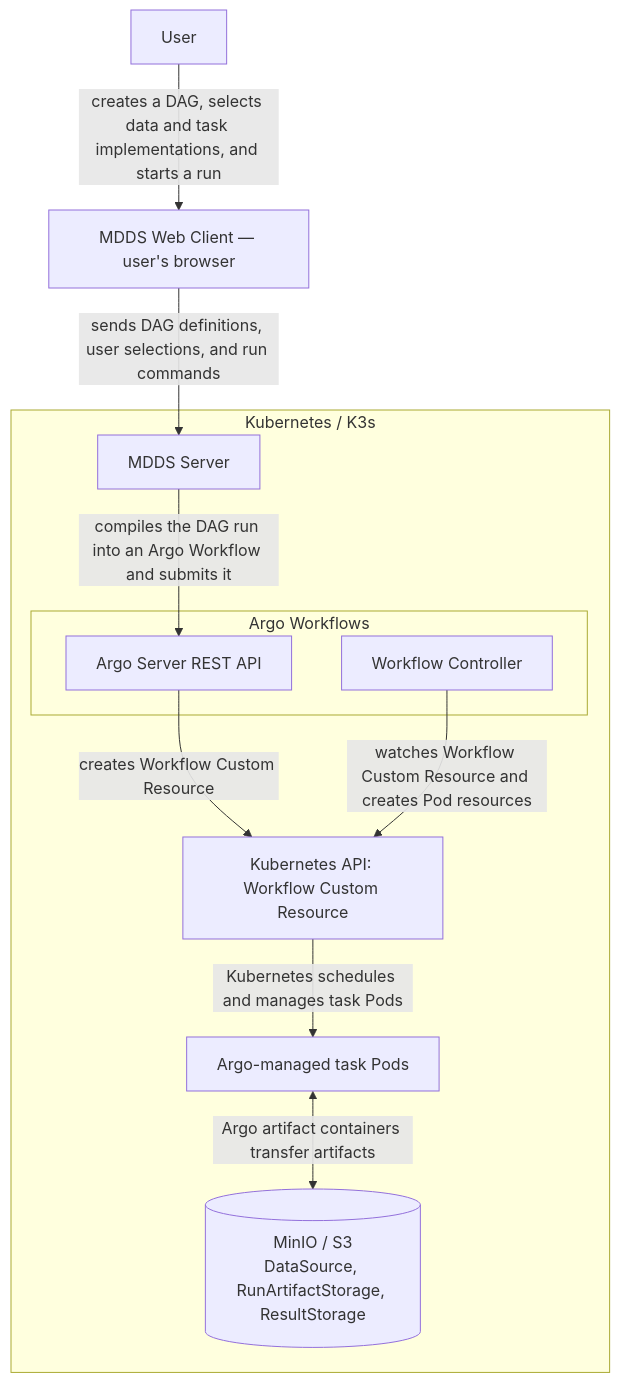
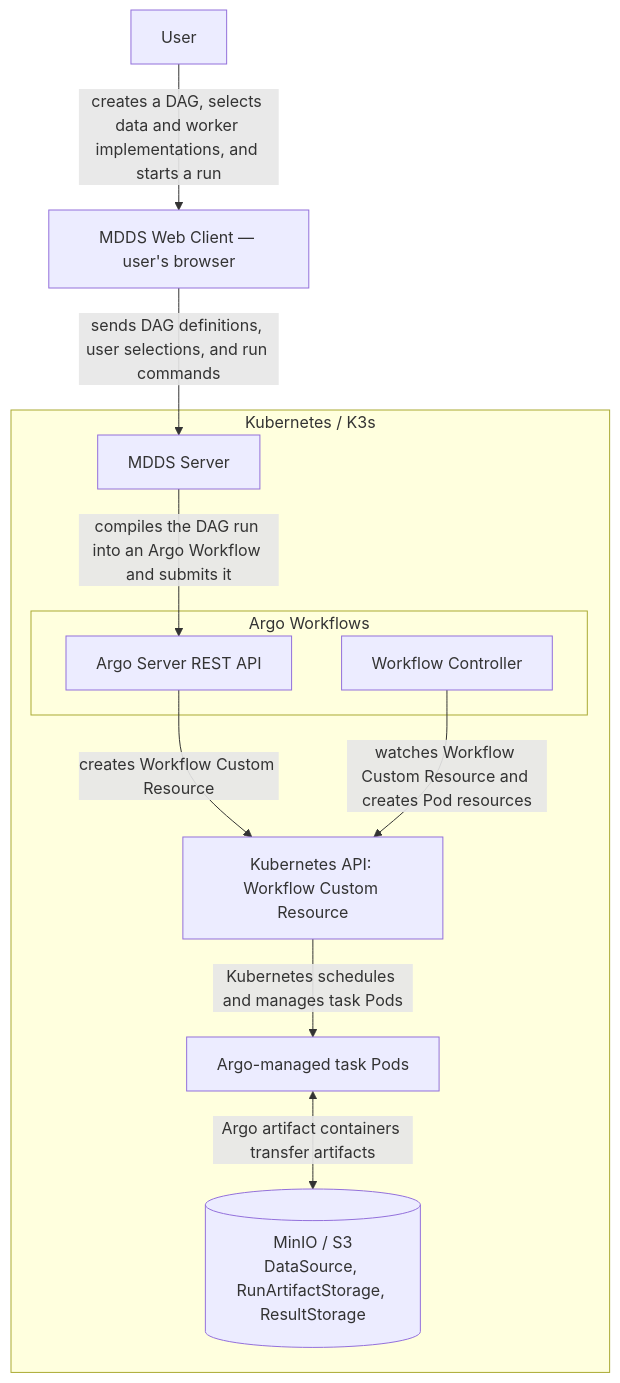
The sixth of 6 diagrams in mdds-docs/ARCHITECTURE.md (oleksiy-sayankin/mdds), drawn with Mermaid before and after one commit. The commit also changed other lines of this file, not shown here.

First line of the commit message:
MDDS-503 Standardize Worker and DAG execution terminology in MDDS architecture

````diff
--- a/mdds-docs/ARCHITECTURE.md
+++ b/mdds-docs/ARCHITECTURE.md
@@ -922,26 +918,26 @@
 ```mermaid
 flowchart TD
     USER["User"]
     WEB_CLIENT["MDDS Web Client — user's browser"]
 
     subgraph K8S["Kubernetes / K3s"]
         WEB_SERVER["MDDS Server"]
         K8S_API["Kubernetes API: Workflow Custom Resource"]
 
         subgraph ARGO["Argo Workflows"]
             ARGO_SERVER["Argo Server REST API"]
             ARGO_CONTROLLER["Workflow Controller"]
         end
 
         K8S_POD["Argo-managed task Pods"]
         MINIO_S3[("MinIO / S3<br/>DataSource, RunArtifactStorage, ResultStorage")]
     end
 
-    USER -->|"creates a DAG, selects data and task implementations, and starts a run"| WEB_CLIENT
+    USER -->|"creates a DAG, selects data and worker implementations, and starts a run"| WEB_CLIENT
     WEB_CLIENT -->|"sends DAG definitions, user selections, and run commands"| WEB_SERVER
     WEB_SERVER -->|"compiles the DAG run into an Argo Workflow and submits it"| ARGO_SERVER
     ARGO_SERVER -->|"creates Workflow Custom Resource"| K8S_API
     ARGO_CONTROLLER -->|"watches Workflow Custom Resource and creates Pod resources"| K8S_API
     K8S_API -->|"Kubernetes schedules and manages task Pods"| K8S_POD
     K8S_POD <-->|"Argo artifact containers transfer artifacts"| MINIO_S3
 ```
````
